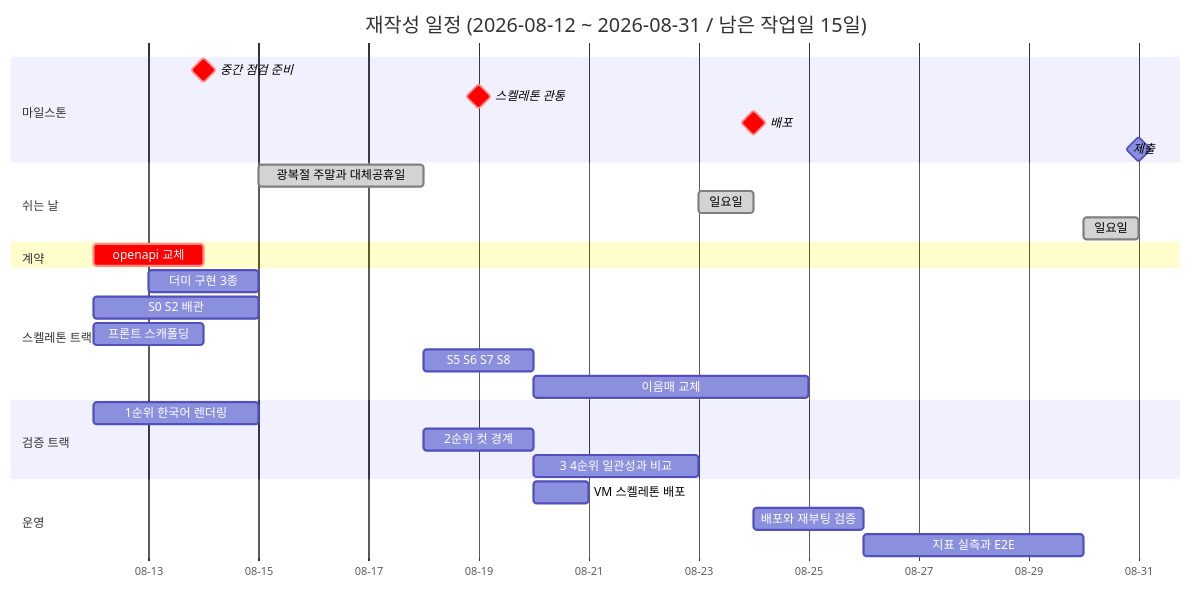
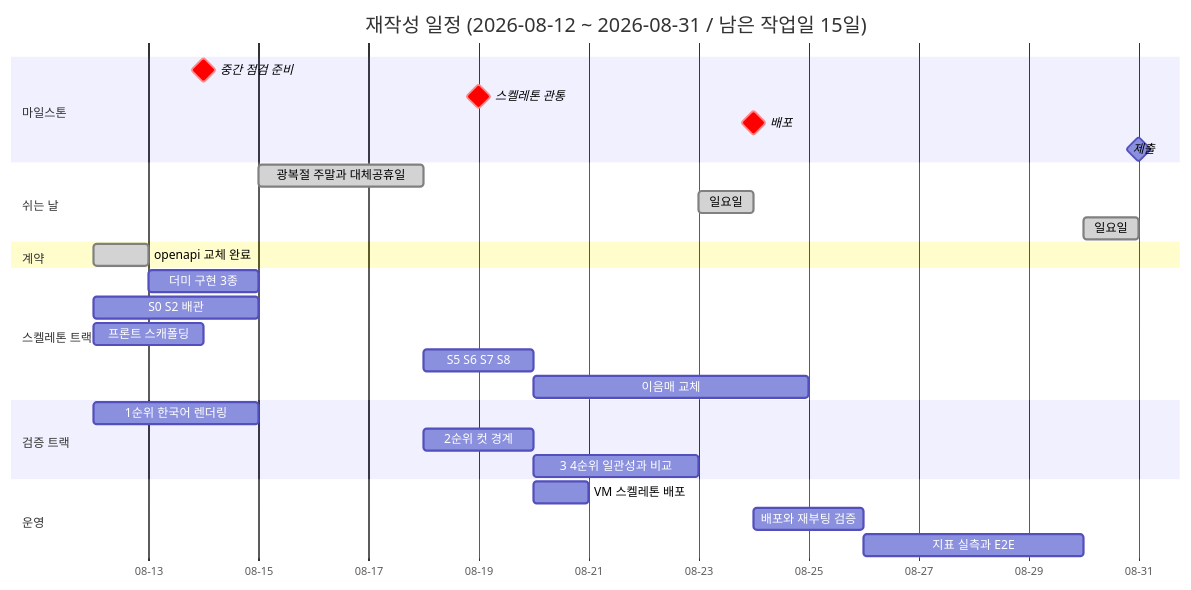
One commit to Codeit-AI10-Part4-3Team/AI10-Part4-3Team-Advanced-Project changed the first of 2 diagrams in docs/역할_일정/00-overall.md. Above: the diagram before and after it, drawn with Mermaid. The commit also changed other lines of this file and 13 other files, not shown here.

````diff
--- a/docs/역할_일정/00-overall.md
+++ b/docs/역할_일정/00-overall.md
@@ -69,37 +76,37 @@
 ```mermaid
 gantt
     title 재작성 일정 (2026-08-12 ~ 2026-08-31 / 남은 작업일 15일)
     dateFormat YYYY-MM-DD
     axisFormat %m-%d
 
     section 마일스톤
     중간 점검 준비        :crit, milestone, m3, 2026-08-14, 0d
     스켈레톤 관통        :crit, milestone, m4, 2026-08-19, 0d
     배포                :crit, milestone, m5, 2026-08-24, 0d
     제출                :milestone, m6, 2026-08-31, 0d
 
     section 쉬는 날
     광복절 주말과 대체공휴일 :done, off2, 2026-08-15, 3d
     일요일                :done, off3, 2026-08-23, 1d
     일요일                :done, off4, 2026-08-30, 1d
 
     section 계약
-    openapi 교체         :crit, c1, 2026-08-12, 2d
+    openapi 교체 완료     :done, c1, 2026-08-12, 1d
 
     section 스켈레톤 트랙
     더미 구현 3종         :s1, 2026-08-13, 2d
     S0 S2 배관           :s2, 2026-08-12, 3d
     프론트 스캐폴딩       :s3, 2026-08-12, 2d
     S5 S6 S7 S8          :s4, 2026-08-18, 2d
     이음매 교체           :s5, 2026-08-20, 5d
 
     section 검증 트랙
     1순위 한국어 렌더링    :v1, 2026-08-12, 3d
     2순위 컷 경계         :v2, 2026-08-18, 2d
     3 4순위 일관성과 비교  :v3, 2026-08-20, 3d
 
     section 운영
     VM 스켈레톤 배포      :o1, 2026-08-20, 1d
     배포와 재부팅 검증     :o2, 2026-08-24, 2d
     지표 실측과 E2E       :o3, 2026-08-26, 4d
 ```
````
